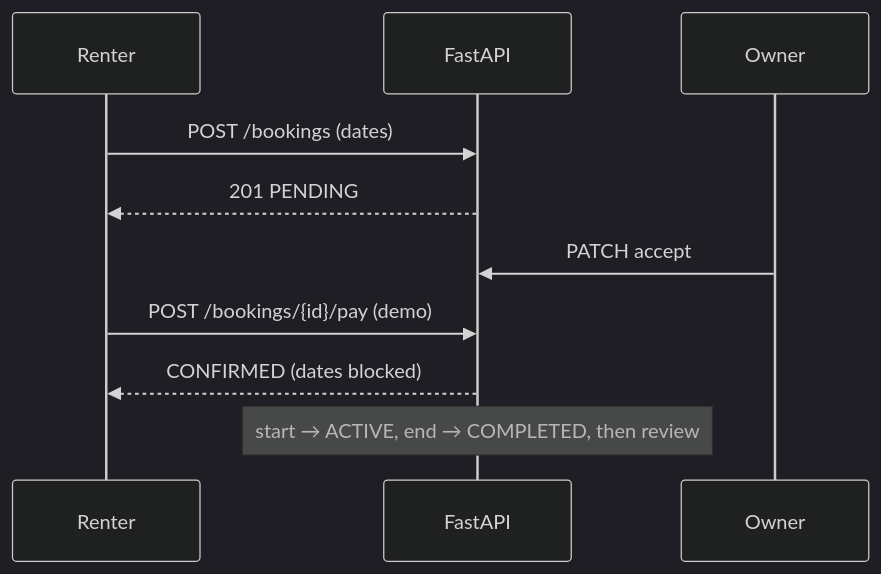
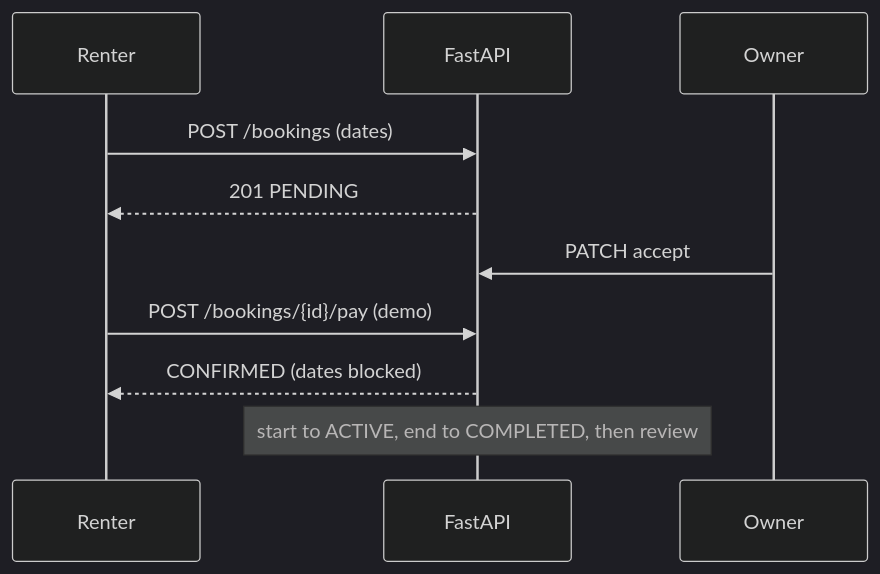
One commit to Marimiroshnikova/rentora changed the fifth of 5 diagrams in README.md. Above: the diagram before and after it, drawn with Mermaid (dark theme). The commit also changed other lines of this file and 2 other files, not shown here.

````diff
--- a/README.md
+++ b/README.md
@@ -106,12 +123,12 @@
 ```mermaid
 sequenceDiagram
   participant R as Renter
   participant API as FastAPI
   participant O as Owner
   R->>API: POST /bookings (dates)
   API-->>R: 201 PENDING
   O->>API: PATCH accept
   R->>API: POST /bookings/{id}/pay  (demo)
   API-->>R: CONFIRMED (dates blocked)
-  Note over API: start → ACTIVE, end → COMPLETED, then review
+  Note over API: start to ACTIVE, end to COMPLETED, then review
 ```
````
